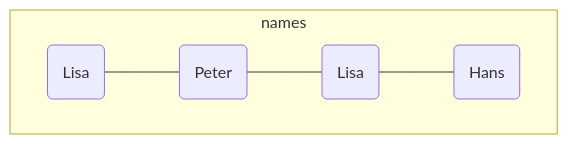
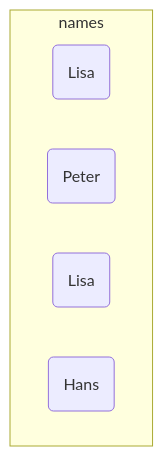
Before and after one commit to jappuccini/java-docs: the first of 3 diagrams in docs/documentation/java-collections-framework.mdx, drawn with Mermaid.

Commit message:
update collections

````diff
--- a/docs/documentation/java-collections-framework.mdx
+++ b/docs/documentation/java-collections-framework.mdx
@@ -26,11 +26,9 @@
 ```mermaid
 flowchart
-    name1 --- name2 --- name3 --- name4
     subgraph names
-        direction LR
         name1(Lisa)
         name2(Peter)
         name3(Lisa)
         name4(Hans)
     end
 ```
````
